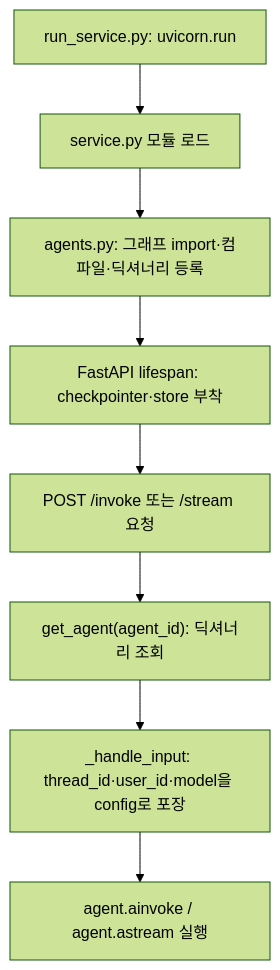
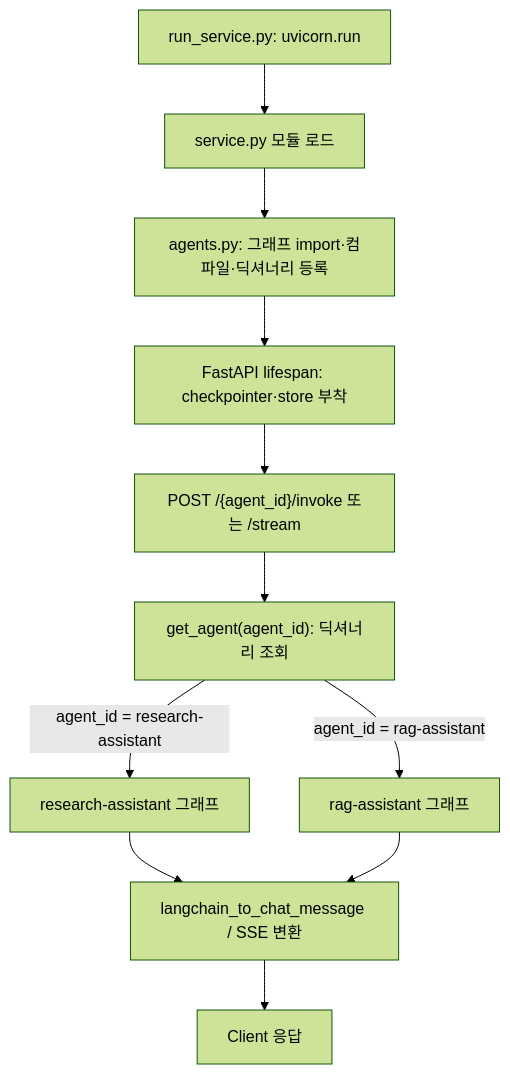
Before and after one commit to yjs000/wiki: the first of 5 diagrams in docs/ai-agent-systems/agent-service-toolkit-langgraph-langchain-walkthrough.md, drawn with Mermaid (forest theme). The commit also changed other lines of this file, not shown here.

First line of the commit message:
docs: agent-service-toolkit 문서에 rag-assistant 워크플로우 병합

````diff
--- a/docs/ai-agent-systems/agent-service-toolkit-langgraph-langchain-walkthrough.md
+++ b/docs/ai-agent-systems/agent-service-toolkit-langgraph-langchain-walkthrough.md
@@ -127,10 +150,13 @@
 ```mermaid
 flowchart TD
     A["run_service.py: uvicorn.run"] --> B["service.py 모듈 로드"]
     B --> C["agents.py: 그래프 import·컴파일·딕셔너리 등록"]
     C --> D["FastAPI lifespan: checkpointer·store 부착"]
-    D --> E["POST /invoke 또는 /stream 요청"]
+    D --> E["POST /{agent_id}/invoke 또는 /stream"]
     E --> F["get_agent(agent_id): 딕셔너리 조회"]
-    F --> G["_handle_input: thread_id·user_id·model을 config로 포장"]
-    G --> H["agent.ainvoke / agent.astream 실행"]
+    F -->|"agent_id = research-assistant"| G1["research-assistant 그래프"]
+    F -->|"agent_id = rag-assistant"| G2["rag-assistant 그래프"]
+    G1 --> H["langchain_to_chat_message / SSE 변환"]
+    G2 --> H
+    H --> I["Client 응답"]
 ```
````
